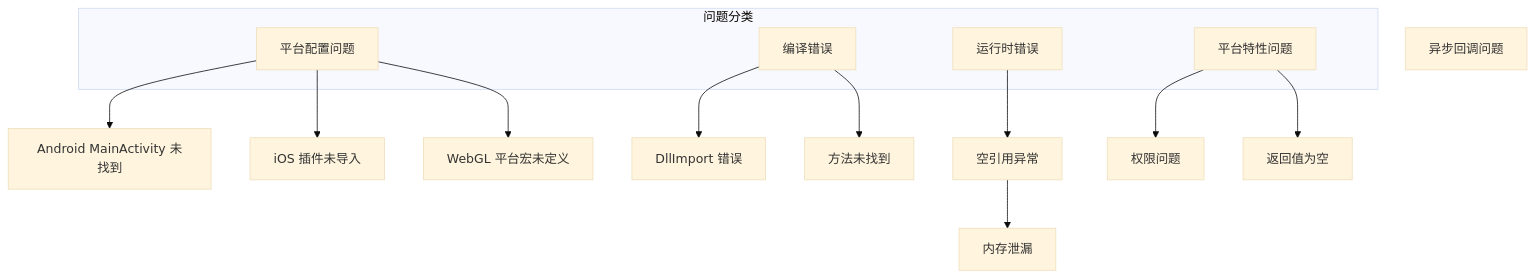
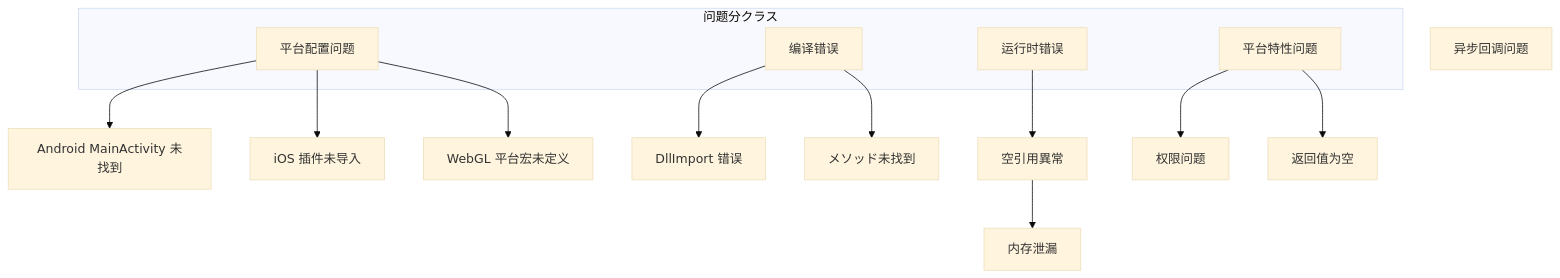
The diagram in docs/ja/client/unity/component/operationclipboard/07.troubleshooting.md (AlianBlank/GameFrameX.Docs), drawn with Mermaid (base theme) before and after one commit. The commit also changed other lines of this file and 603 other files, not shown here.

````diff
--- a/docs/ja/client/unity/component/operationclipboard/07.troubleshooting.md
+++ b/docs/ja/client/unity/component/operationclipboard/07.troubleshooting.md
@@ -9,23 +9,23 @@
 ```mermaid
 flowchart TD
-    subgraph IssueCategories["问题分类"]
+    subgraph IssueCategories["问题分クラス"]
         P1[平台配置问题]
         P2[编译错误]
         P3[运行时错误]
         P4[平台特性问题]
     end
     
     P1 --> A1[Android MainActivity 未找到]
     P1 --> A2[iOS 插件未导入]
     P1 --> A3[WebGL 平台宏未定义]
     
     P2 --> B1[DllImport 错误]
-    P2 --> B2[方法未找到]
+    P2 --> B2[メソッド未找到]
     
-    P3 --> C1[空引用异常]
+    P3 --> C1[空引用異常]
     C1 --> C2[内存泄漏]
     C3[异步回调问题]
     
     P4 --> D1[权限问题]
     P4 --> D2[返回值为空]
 ```
````
